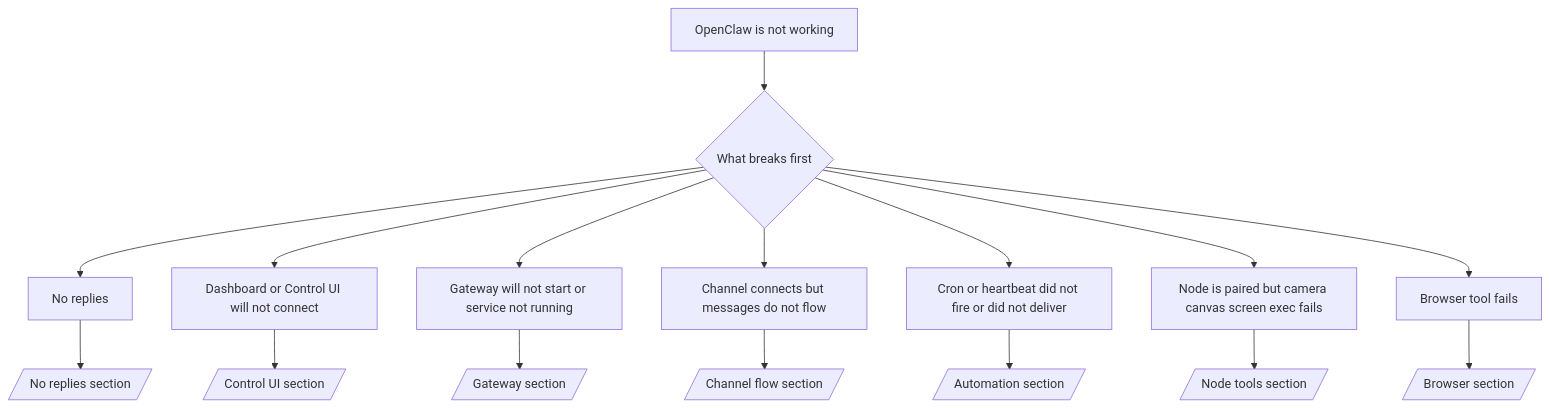
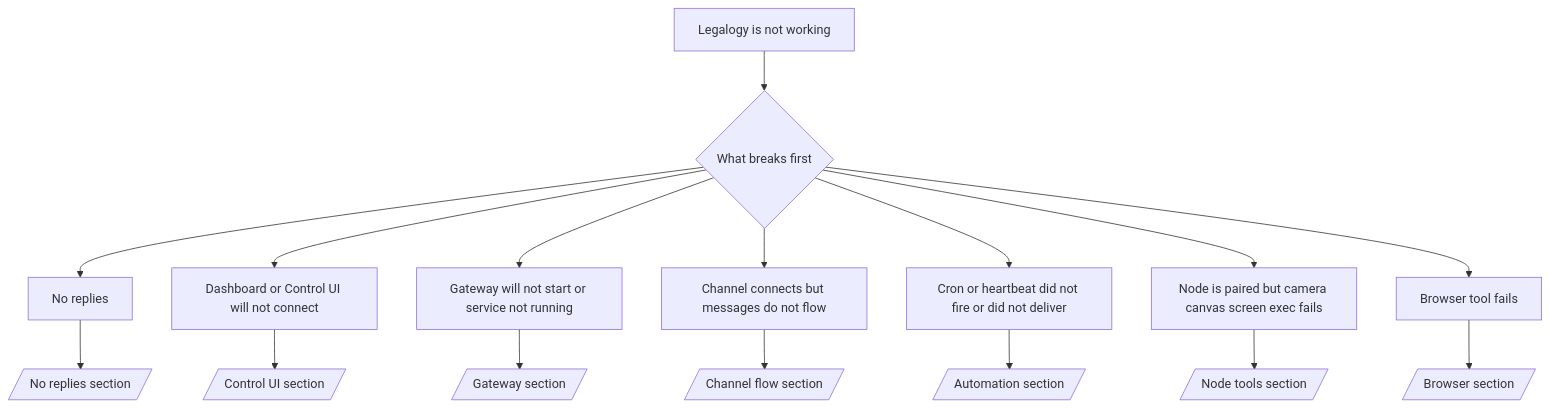
The diagram in docs/help/troubleshooting.md (kdf1racing-create/legalogy), drawn with Mermaid before and after one commit. The commit also changed other lines of this file and 3416 other files, not shown here.

Commit message:
Rebrand OpenClaw to Legalogy

````diff
--- a/docs/help/troubleshooting.md
+++ b/docs/help/troubleshooting.md
@@ -39,19 +39,19 @@
 ```mermaid
 flowchart TD
-  A[OpenClaw is not working] --> B{What breaks first}
+  A[Legalogy is not working] --> B{What breaks first}
   B --> C[No replies]
   B --> D[Dashboard or Control UI will not connect]
   B --> E[Gateway will not start or service not running]
   B --> F[Channel connects but messages do not flow]
   B --> G[Cron or heartbeat did not fire or did not deliver]
   B --> H[Node is paired but camera canvas screen exec fails]
   B --> I[Browser tool fails]
 
   C --> C1[/No replies section/]
   D --> D1[/Control UI section/]
   E --> E1[/Gateway section/]
   F --> F1[/Channel flow section/]
   G --> G1[/Automation section/]
   H --> H1[/Node tools section/]
   I --> I1[/Browser section/]
 ```
````
